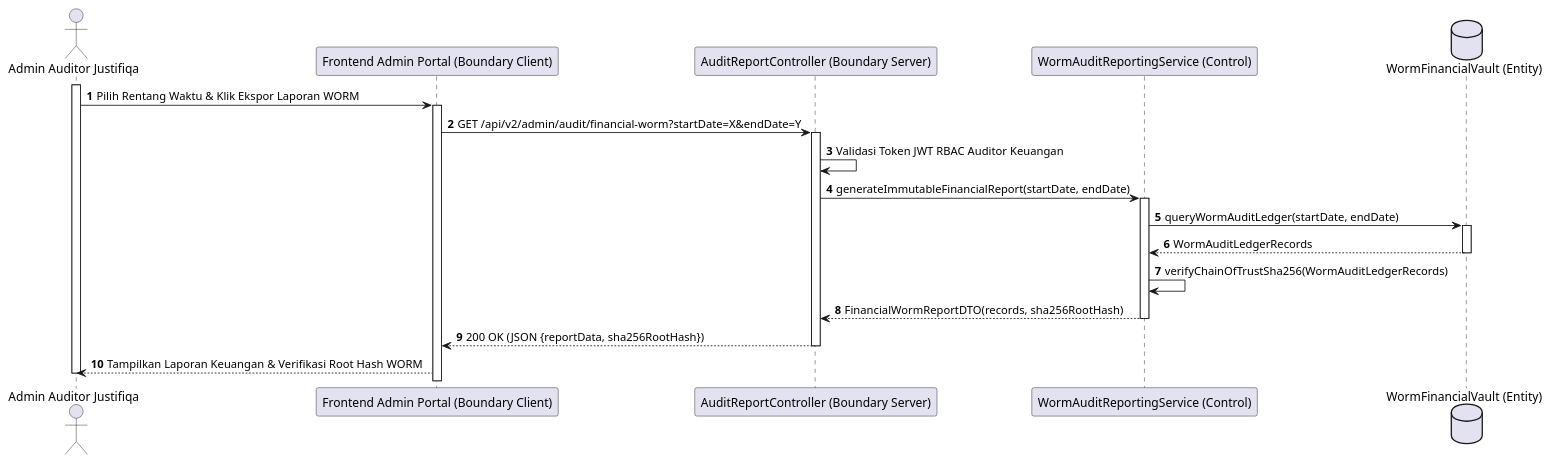
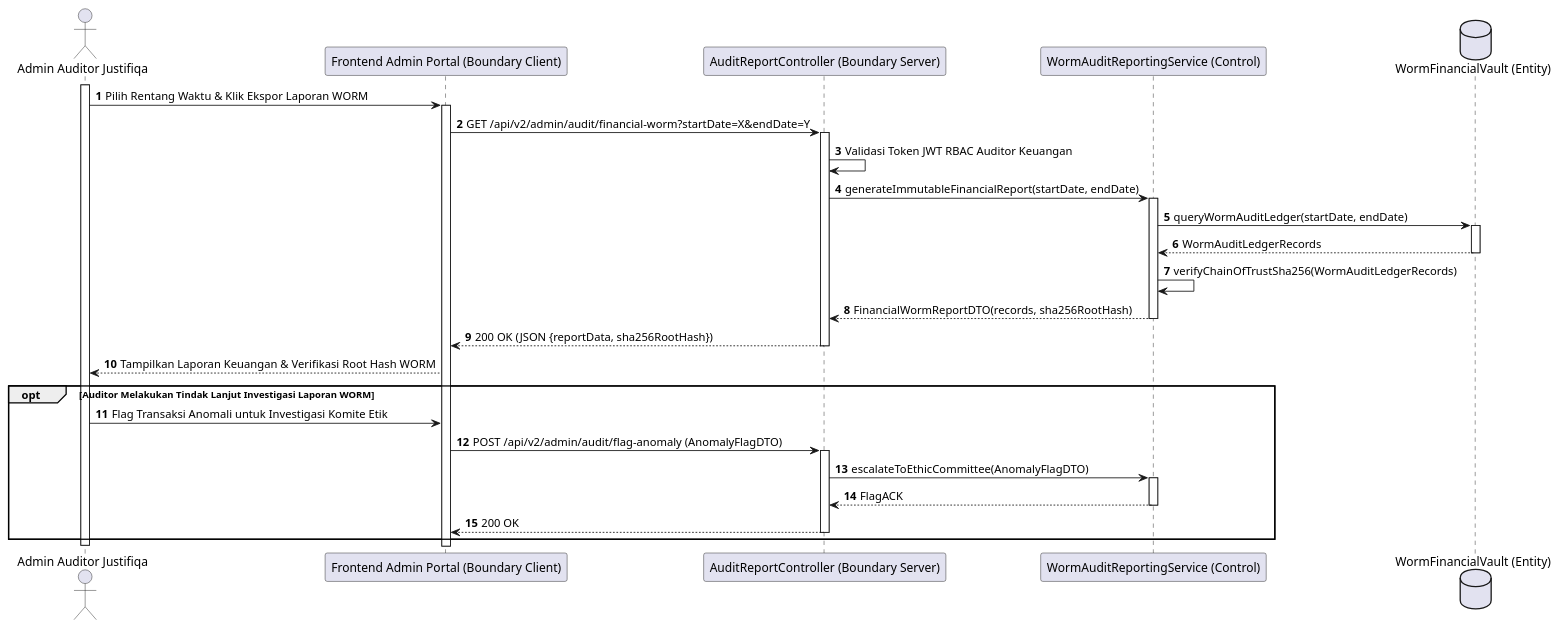
Before and after one commit to tupperwureism/SuperApp-Gagal: diagram 12 of 28 in MarkDown/plantuml_sequence_diagrams.md, drawn with PlantUML. The commit also changed other lines of this file and 1 other file, not shown here.

Commit message:
docs: Deep 1-to-1 logical synchronization across all 28 Sequence Diagrams with AD branches

````diff
--- a/MarkDown/plantuml_sequence_diagrams.md
+++ b/MarkDown/plantuml_sequence_diagrams.md
@@ -659,23 +745,31 @@
 ```plantuml
 @startuml
 autonumber
 actor "Admin Auditor Justifiqa" as User
 participant "Frontend Admin Portal (Boundary Client)" as B_FE
 participant "AuditReportController (Boundary Server)" as B_BE
 participant "WormAuditReportingService (Control)" as C_Svc
 database "WormFinancialVault (Entity)" as E_DB
 
 activate User
 User -> B_FE ++ : Pilih Rentang Waktu & Klik Ekspor Laporan WORM
 B_FE -> B_BE ++ : GET /api/v2/admin/audit/financial-worm?startDate=X&endDate=Y
 B_BE -> B_BE : Validasi Token JWT RBAC Auditor Keuangan
 B_BE -> C_Svc ++ : generateImmutableFinancialReport(startDate, endDate)
 C_Svc -> E_DB ++ : queryWormAuditLedger(startDate, endDate)
 E_DB --> C_Svc -- : WormAuditLedgerRecords
 C_Svc -> C_Svc : verifyChainOfTrustSha256(WormAuditLedgerRecords)
 C_Svc --> B_BE -- : FinancialWormReportDTO(records, sha256RootHash)
 B_BE --> B_FE -- : 200 OK (JSON {reportData, sha256RootHash})
 B_FE --> User : Tampilkan Laporan Keuangan & Verifikasi Root Hash WORM
+
+opt Auditor Melakukan Tindak Lanjut Investigasi Laporan WORM
+    User -> B_FE : Flag Transaksi Anomali untuk Investigasi Komite Etik
+    B_FE -> B_BE ++ : POST /api/v2/admin/audit/flag-anomaly (AnomalyFlagDTO)
+    B_BE -> C_Svc ++ : escalateToEthicCommittee(AnomalyFlagDTO)
+    C_Svc --> B_BE -- : FlagACK
+    B_BE --> B_FE -- : 200 OK
+end
 deactivate User
 @enduml
 ```
````
